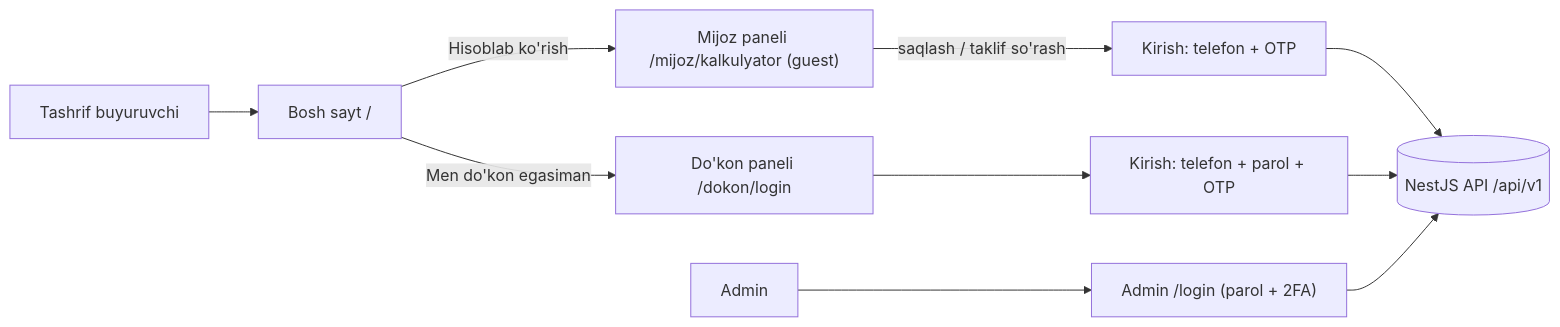
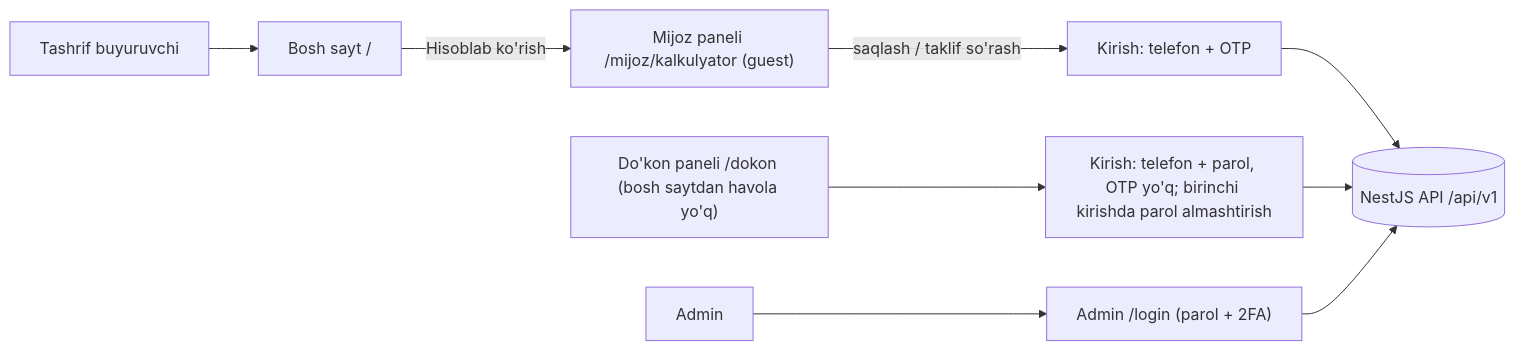
The diagram in docs/tz/Quyosh_TZ_UIUX_v3.0.md (muhammadnurergashev620-wq/Quyosh), drawn with Mermaid before and after one commit. The commit also changed other lines of this file, not shown here.

Commit message:
TZ v3.1: do'konni faqat admin yaratadi, login+parol, bosh sayt faqat mijoz, sertifikat yuborish yo'q

````diff
--- a/docs/tz/Quyosh_TZ_UIUX_v3.0.md
+++ b/docs/tz/Quyosh_TZ_UIUX_v3.0.md
@@ -397,12 +388,11 @@
 ```mermaid
 flowchart LR
   V[Tashrif buyuruvchi] --> S["Bosh sayt /"]
   S -- "Hisoblab ko'rish" --> C["Mijoz paneli /mijoz/kalkulyator (guest)"]
-  S -- "Men do'kon egasiman" --> D["Do'kon paneli /dokon/login"]
   C -- "saqlash / taklif so'rash" --> CL[Kirish: telefon + OTP]
-  D --> DL[Kirish: telefon + parol + OTP]
+  D["Do'kon paneli /dokon (bosh saytdan havola yo'q)"] --> DL[Kirish: telefon + parol, OTP yo'q; birinchi kirishda parol almashtirish]
   A[Admin] --> AL["Admin /login (parol + 2FA)"]
   CL --> API[(NestJS API /api/v1)]
   DL --> API
   AL --> API
 ```
````
